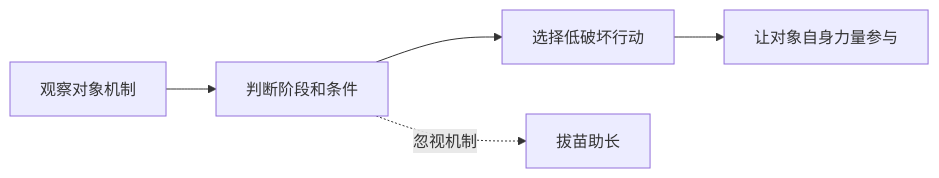
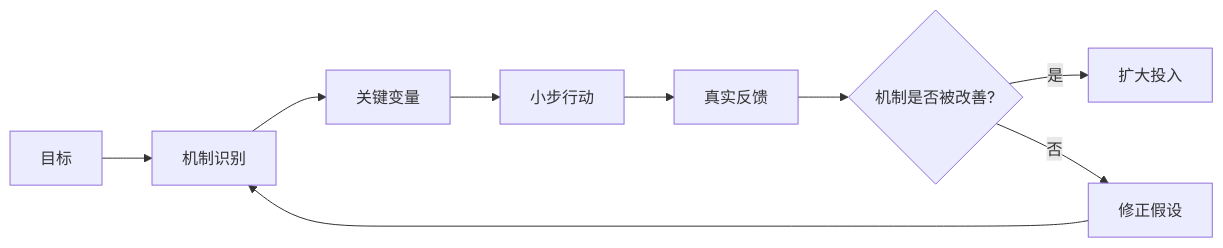
The third of 3 diagrams in 202605/20260518_35.md (digoal/blog), drawn with Mermaid before and after one commit. The commit also changed other lines of this file and 26 other files, not shown here.

````diff
--- a/202605/20260518_35.md
+++ b/202605/20260518_35.md
@@ -21,7 +205,11 @@
 ```mermaid
 flowchart LR
-  A["观察对象机制"] --> B["判断阶段和条件"]
-  B --> C["选择低破坏行动"]
-  C --> D["让对象自身力量参与"]
-  B -. "忽视机制" .-> E["拔苗助长"]
+  A["目标"] --> B["机制识别"]
+  B --> C["关键变量"]
+  C --> D["小步行动"]
+  D --> E["真实反馈"]
+  E --> F{"机制是否被改善?"}
+  F -->|"是"| G["扩大投入"]
+  F -->|"否"| H["修正假设"]
+  H --> B
 ```
````
